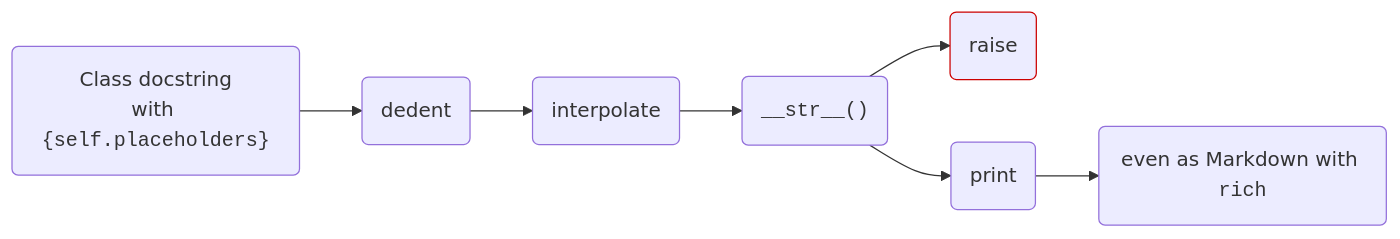
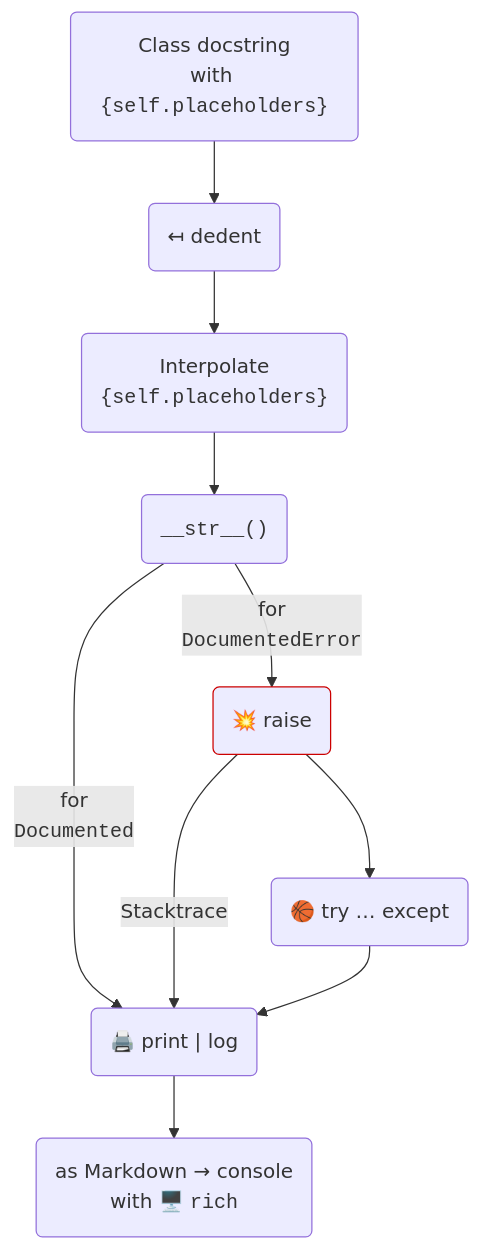
One commit to anatoly-scherbakov/documented changed the diagram in docs/index.md. Above: the diagram before and after it, drawn with Mermaid. The commit also changed other lines of this file and 8 other files, not shown here.

````diff
--- a/docs/index.md
+++ b/docs/index.md
@@ -19,11 +52,20 @@
 ```mermaid
-graph LR
-    A("Class docstring<br>with <code>{self.placeholders}</code>") --> B(dedent)
-    B --> C("interpolate")
-    C --> D("<code>__str__()</code>")
-    D --> raise("raise")
-    D --> F("print")
-    F --> rich("even as Markdown with <code>rich</code>")
+graph TD
+    A("Class docstring<br>with <code>{self.placeholders}</code>") --> dedent("↤ dedent")
+    dedent --> C("Interpolate<br><code>{self.placeholders}</code>")
+    C --> str("<code>__str__()</code>")
+    str -- "for<br><code>DocumentedError</code>" --> raise("💥 raise")
+    str -- "for<br><code>Documented</code>" --> print("🖨️ print | log")
+    print --> rich("as Markdown → console<br>with 🖥️ <code>rich</code>")
+    raise --> try("🏀 try … except")
+    raise -- Stacktrace --> print
+    try --> print
     
     style raise stroke:#CC0000
+    click dedent "https://docs.python.org/3/library/textwrap.html#textwrap.dedent"
+    click C "formatting/"
+    click rich "compatibility/rich/"
+    click str "https://docs.python.org/3/reference/datamodel.html#object.__str__"
+    click try "try-except/"
+    
 ```
````
